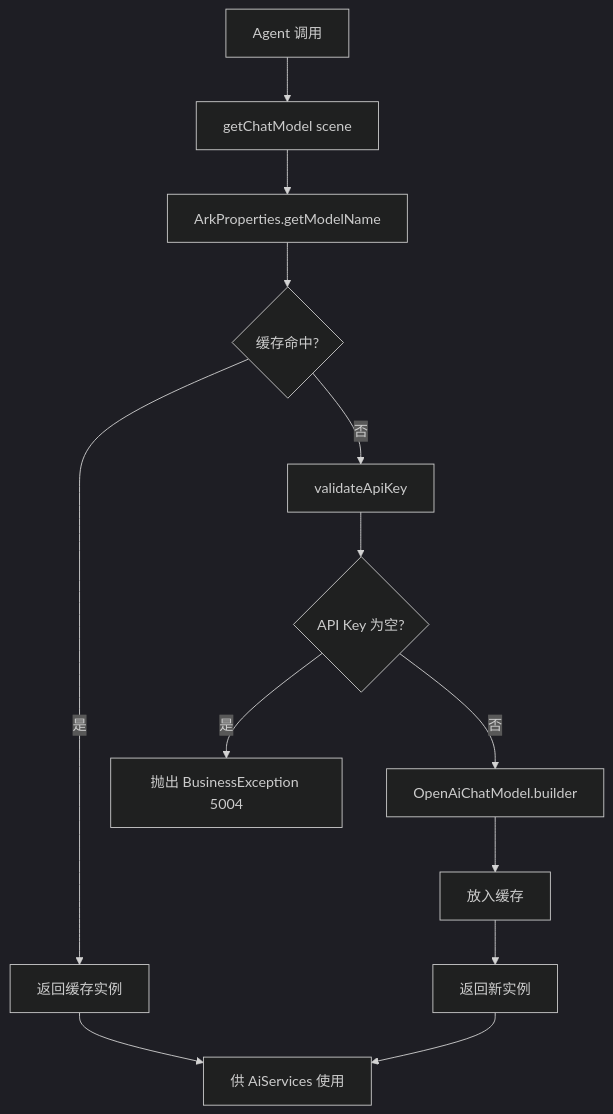
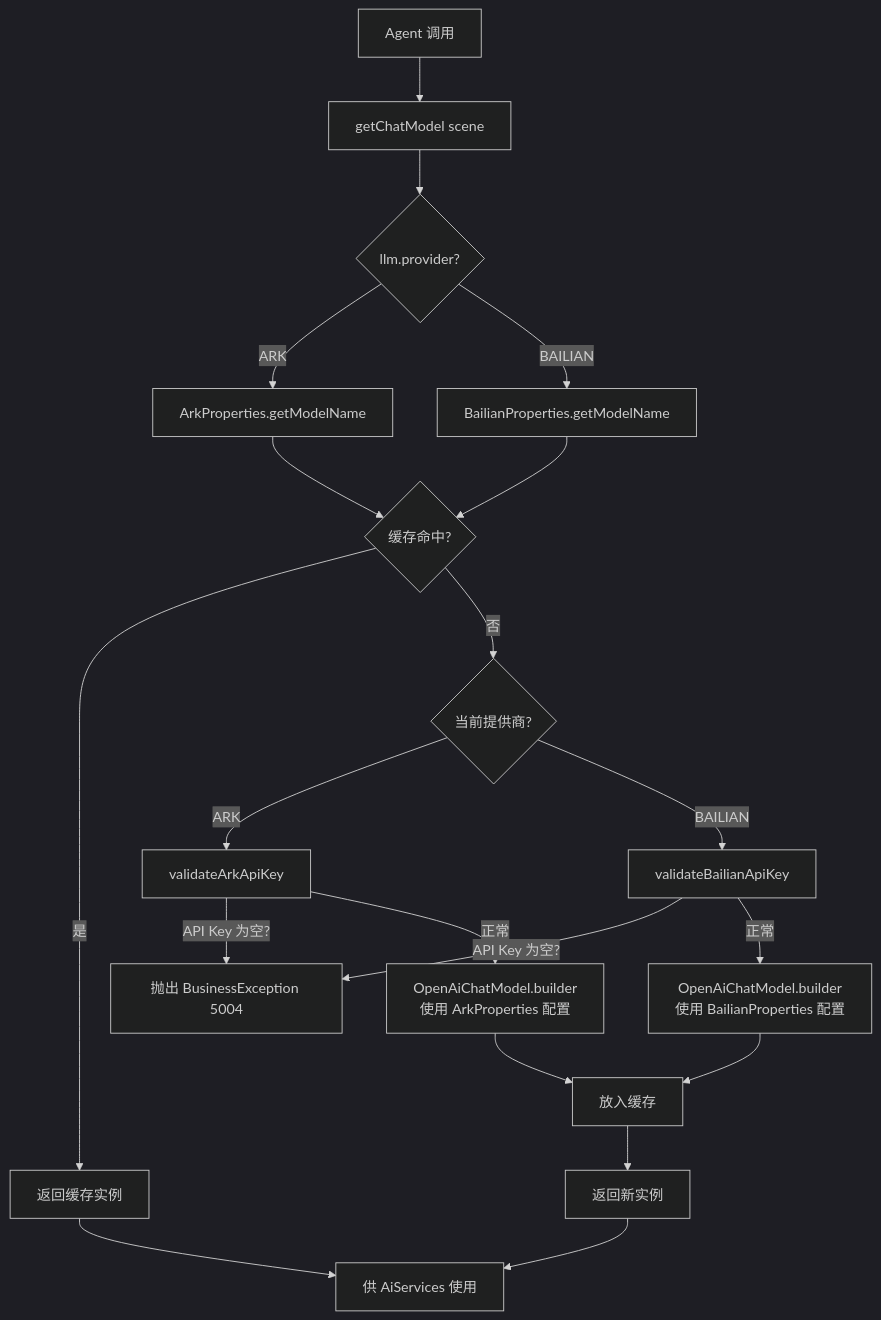
One commit to zxchengQQ/agent_demo changed the diagram in specs/modules/LLM接入模块-业务说明书.md. Above: the diagram before and after it, drawn with Mermaid (dark theme). The commit also changed other lines of this file and 114 other files, not shown here.

````diff
--- a/specs/modules/LLM接入模块-业务说明书.md
+++ b/specs/modules/LLM接入模块-业务说明书.md
@@ -65,15 +66,22 @@
 ```mermaid
 flowchart TD
     A[Agent 调用] --> B[getChatModel scene]
-    B --> C[ArkProperties.getModelName]
-    C --> D{缓存命中?}
+    B --> P{llm.provider?}
+    P -->|ARK| C1[ArkProperties.getModelName]
+    P -->|BAILIAN| C2[BailianProperties.getModelName]
+    C1 --> D{缓存命中?}
+    C2 --> D
     D -->|是| E[返回缓存实例]
-    D -->|否| F[validateApiKey]
-    F --> G{API Key 为空?}
-    G -->|是| H[抛出 BusinessException 5004]
-    G -->|否| I[OpenAiChatModel.builder]
-    I --> J[放入缓存]
+    D -->|否| F{当前提供商?}
+    F -->|ARK| G1[validateArkApiKey]
+    F -->|BAILIAN| G2[validateBailianApiKey]
+    G1 -->|API Key 为空?| H[抛出 BusinessException 5004]
+    G2 -->|API Key 为空?| H
+    G1 -->|正常| I1[OpenAiChatModel.builder<br>使用 ArkProperties 配置]
+    G2 -->|正常| I2[OpenAiChatModel.builder<br>使用 BailianProperties 配置]
+    I1 --> J[放入缓存]
+    I2 --> J
     J --> K[返回新实例]
     E --> L[供 AiServices 使用]
     K --> L
 ```
````
